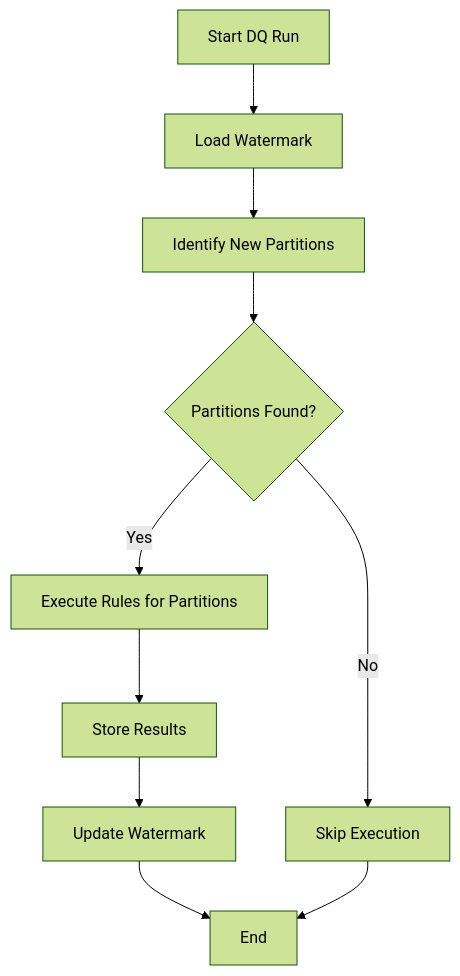
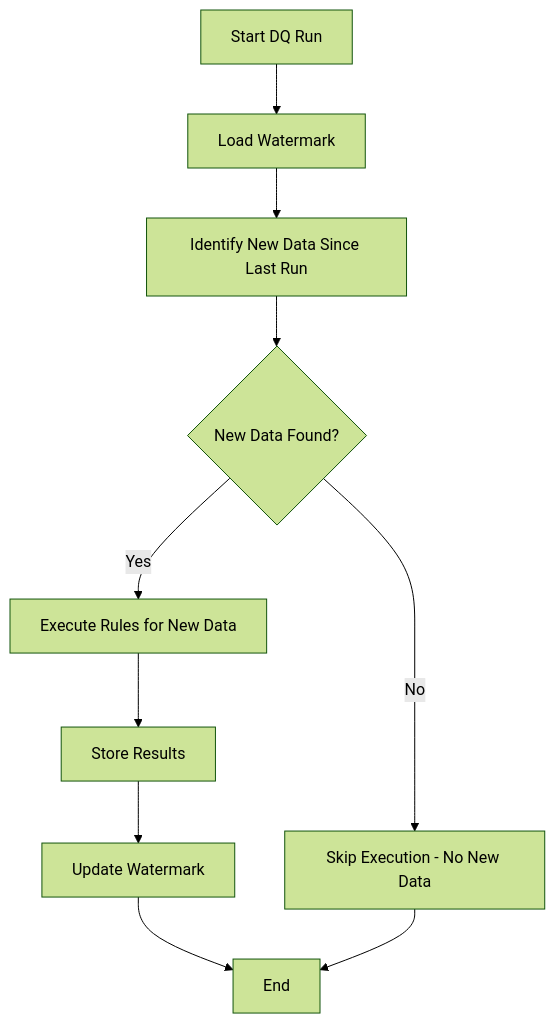
Before and after one commit to pmsrao/dq-accelerator: the fourth of 5 diagrams in docs/architecture.md, drawn with Mermaid (forest theme). The commit also changed other lines of this file, not shown here.

First line of the commit message:
docs: Enhance architecture document with detailed table schemas and metrics mapping

````diff
--- a/docs/architecture.md
+++ b/docs/architecture.md
@@ -206,12 +206,12 @@
 ```mermaid
 graph TD
     A[Start DQ Run] --> B[Load Watermark]
-    B --> C[Identify New Partitions]
-    C --> D{Partitions Found?}
-    D -->|Yes| E[Execute Rules for Partitions]
-    D -->|No| F[Skip Execution]
+    B --> C[Identify New Data Since Last Run]
+    C --> D{New Data Found?}
+    D -->|Yes| E[Execute Rules for New Data]
+    D -->|No| F[Skip Execution - No New Data]
     E --> G[Store Results]
     G --> H[Update Watermark]
     H --> I[End]
     F --> I
 ```
````
